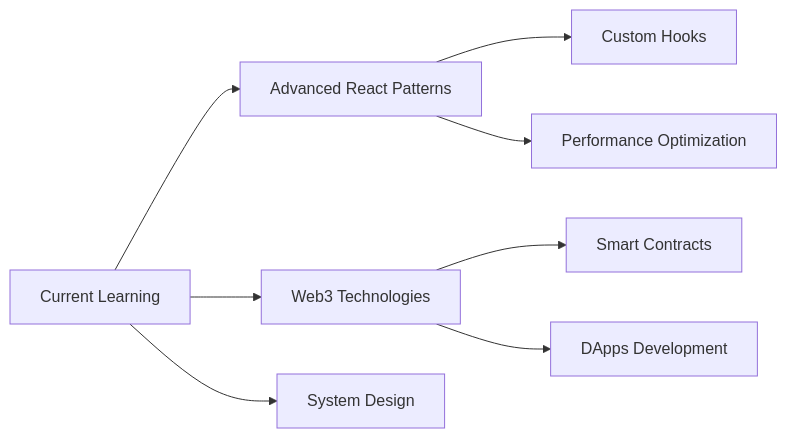
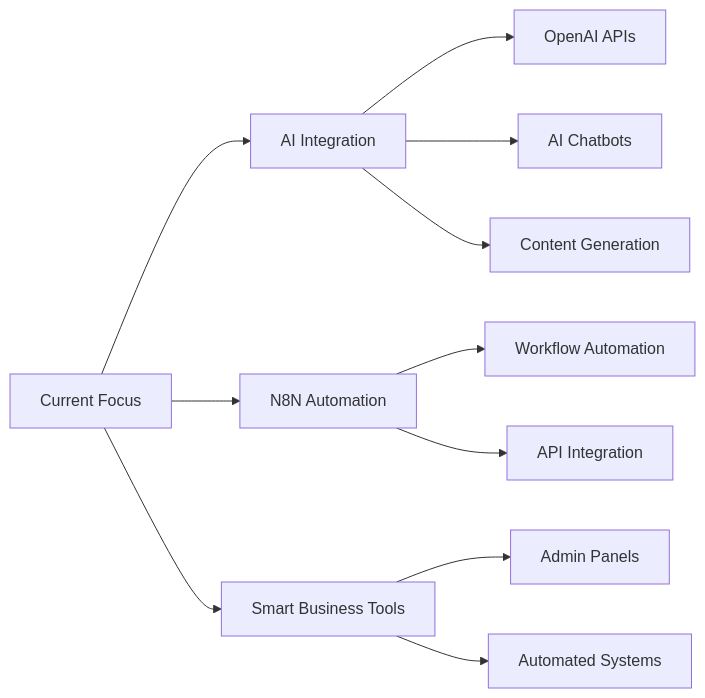
Before and after one commit to kkareemtarek2014/kkareemtarek2014: the diagram in README.md, drawn with Mermaid. The commit also changed other lines of this file, not shown here.

````diff
--- a/README.md
+++ b/README.md
@@ -185,10 +257,13 @@
 ```mermaid
 graph LR
-    A[Current Learning] --> B[Advanced React Patterns]
-    A --> C[Web3 Technologies]
-    A --> D[System Design]
-    B --> E[Custom Hooks]
-    B --> F[Performance Optimization]
-    C --> G[Smart Contracts]
-    C --> H[DApps Development]
+    A[Current Focus] --> B[AI Integration]
+    A --> C[N8N Automation]
+    A --> D[Smart Business Tools]
+    B --> E[OpenAI APIs]
+    B --> F[AI Chatbots]
+    B --> G[Content Generation]
+    C --> H[Workflow Automation]
+    C --> I[API Integration]
+    D --> J[Admin Panels]
+    D --> K[Automated Systems]
 ```
````
